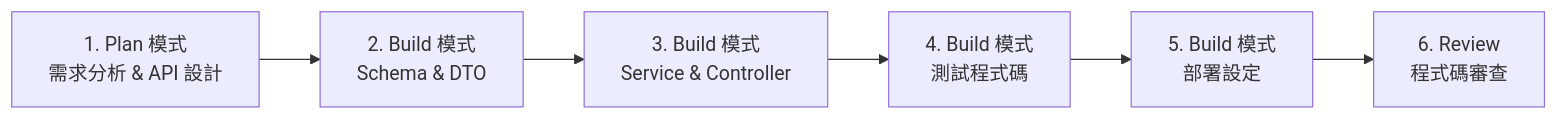
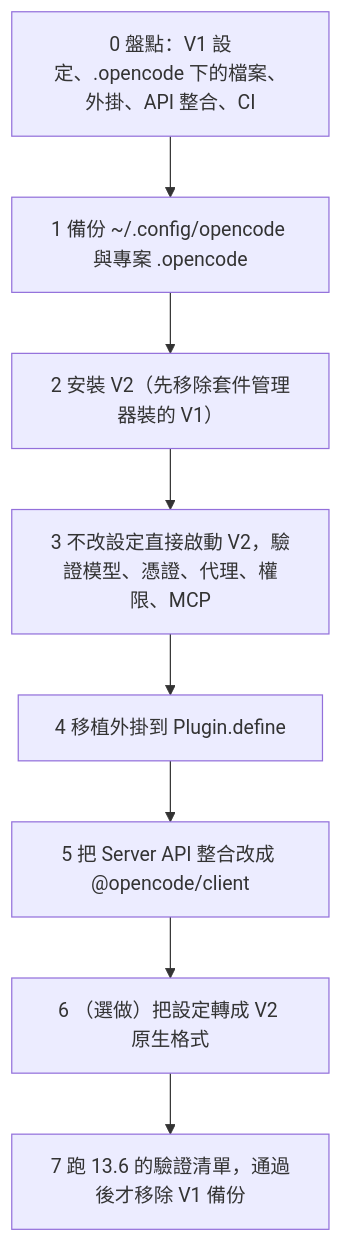
The sixth of 13 diagrams in content/posts/教學/AI開發/opencode生態系教學手冊.md (chihhung/Blog), drawn with Mermaid before and after one commit. The commit also changed other lines of this file and 4 other files, not shown here.

````diff
--- a/content/posts/教學/AI開發/opencode生態系教學手冊.md
+++ b/content/posts/教學/AI開發/opencode生態系教學手冊.md
@@ -3283,8 +3124,10 @@
 ```mermaid
-graph LR
-    A["1. Plan 模式<br/>需求分析 & API 設計"] --> B["2. Build 模式<br/>Schema & DTO"]
-    B --> C["3. Build 模式<br/>Service & Controller"]
-    C --> D["4. Build 模式<br/>測試程式碼"]
-    D --> E["5. Build 模式<br/>部署設定"]
-    E --> F["6. Review<br/>程式碼審查"]
+flowchart TB
+    A["0 盤點：V1 設定、.opencode 下的檔案、外掛、API 整合、CI"] --> B["1 備份 ~/.config/opencode 與專案 .opencode"]
+    B --> C["2 安裝 V2（先移除套件管理器裝的 V1）"]
+    C --> D["3 不改設定直接啟動 V2，驗證模型、憑證、代理、權限、MCP"]
+    D --> E["4 移植外掛到 Plugin.define"]
+    E --> F["5 把 Server API 整合改成 @opencode/client"]
+    F --> G["6 （選做）把設定轉成 V2 原生格式"]
+    G --> H["7 跑 13.6 的驗證清單，通過後才移除 V1 備份"]
 ```
````
